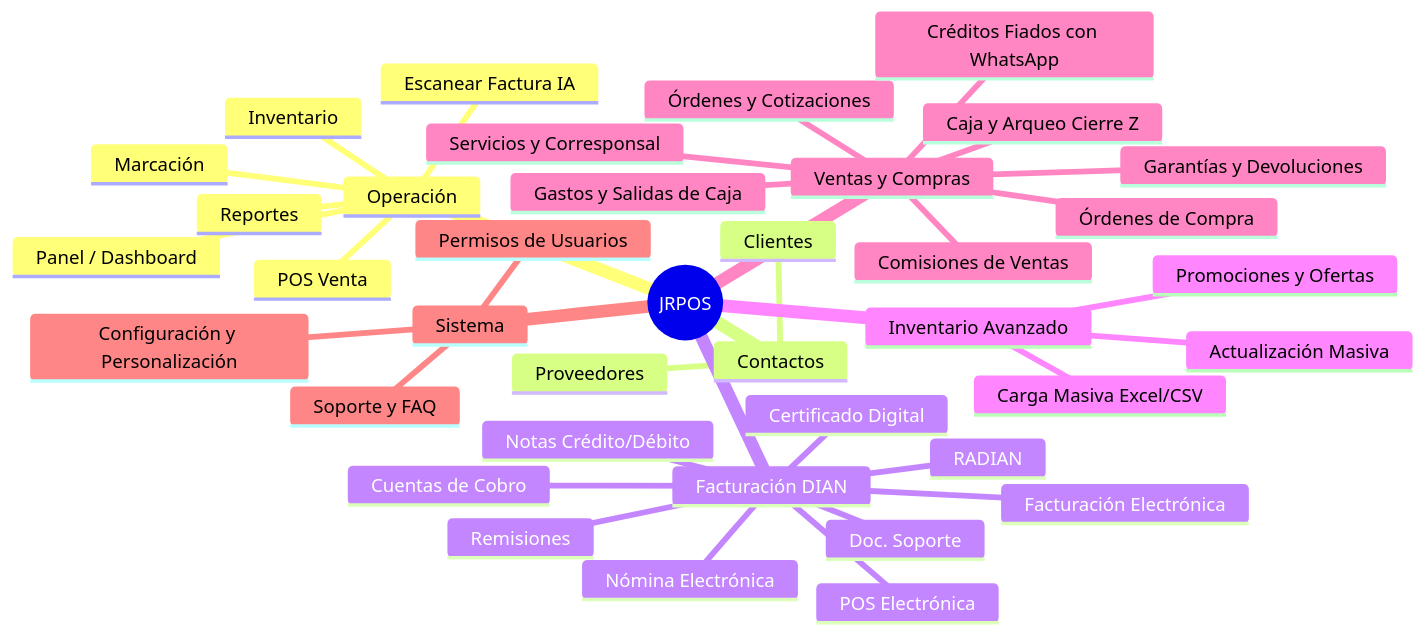
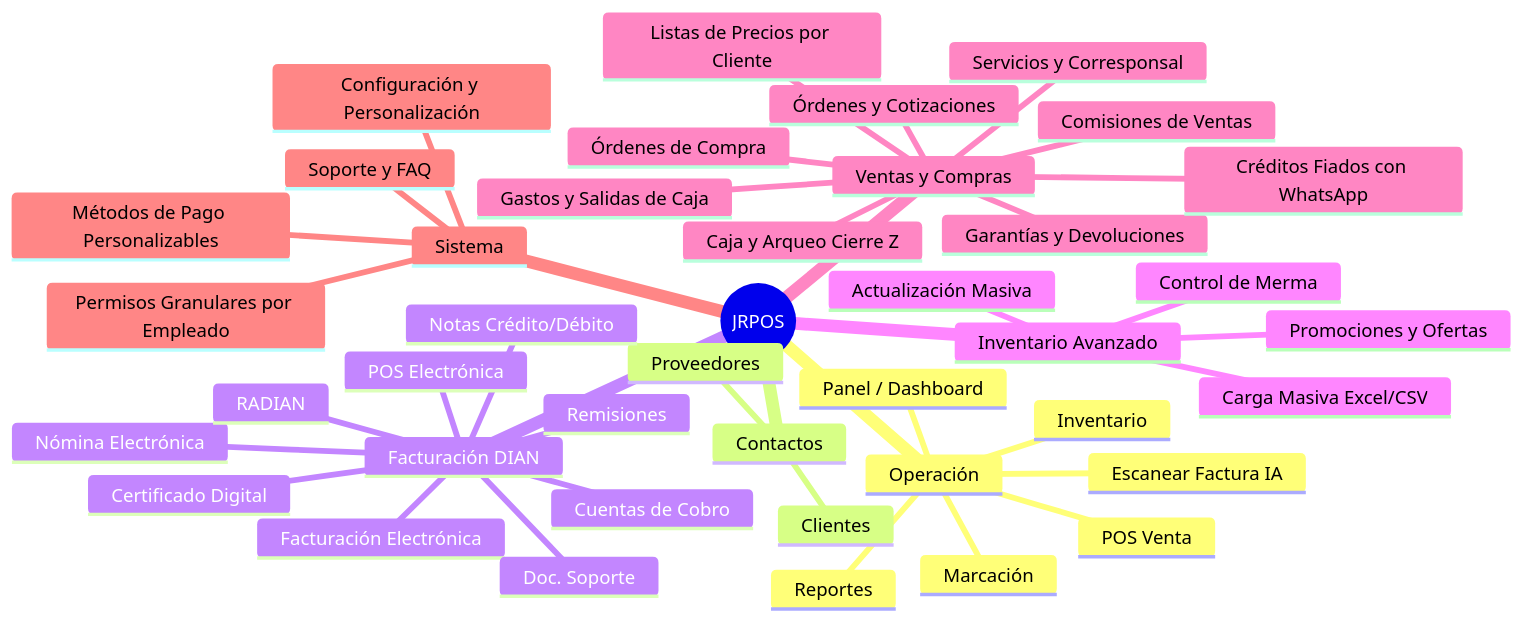
Before and after one commit to camilolealdev/Jrpos: the diagram in README.md, drawn with Mermaid. The commit also changed other lines of this file, not shown here.

First line of the commit message:
docs(readme): documentar novedades de sep 2026 (merma, listas de precios, pagos personalizables, permisos, RLS)

````diff
--- a/README.md
+++ b/README.md
@@ -38,41 +38,44 @@
 ```mermaid
 mindmap
   root((JRPOS))
     Operación
       Panel / Dashboard
       POS Venta
       Escanear Factura IA
       Inventario
       Reportes
       Marcación
     Contactos
       Clientes
       Proveedores
     Facturación DIAN
       Facturación Electrónica
       POS Electrónica
       Remisiones
       Nómina Electrónica
       Doc. Soporte
       RADIAN
       Notas Crédito/Débito
       Cuentas de Cobro
       Certificado Digital
     Inventario Avanzado
       Carga Masiva Excel/CSV
       Actualización Masiva
       Promociones y Ofertas
+      Control de Merma
     Ventas y Compras
       Órdenes y Cotizaciones
       Garantías y Devoluciones
       Órdenes de Compra
       Créditos Fiados con WhatsApp
       Servicios y Corresponsal
       Caja y Arqueo Cierre Z
       Comisiones de Ventas
       Gastos y Salidas de Caja
+      Listas de Precios por Cliente
     Sistema
-      Permisos de Usuarios
+      Permisos Granulares por Empleado
+      Métodos de Pago Personalizables
       Configuración y Personalización
       Soporte y FAQ
 ```
````
